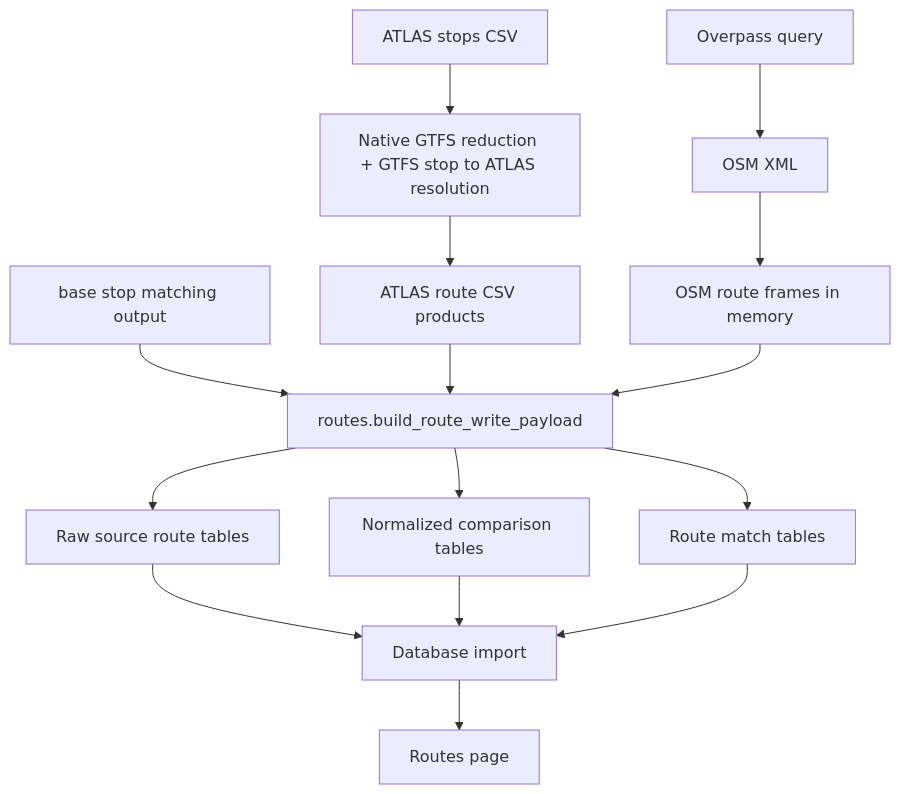
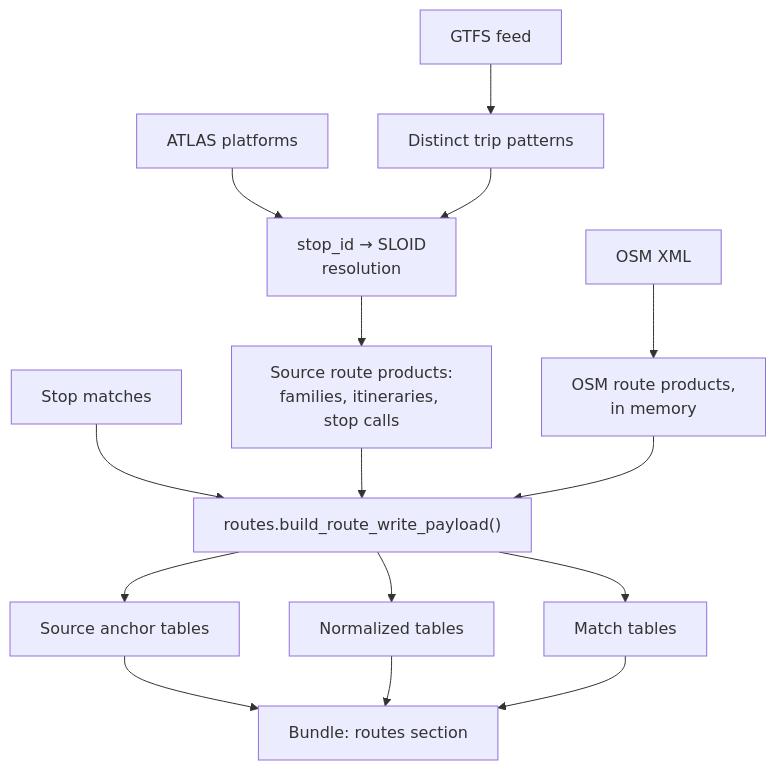
Before and after one commit to openTdataCH/osm-public-transport-matcher: the diagram in documentation/3.1 Route Pipeline Data Flow.md, drawn with Mermaid. The commit also changed other lines of this file and 31 other files, not shown here.

````diff
--- a/documentation/3.1 Route Pipeline Data Flow.md
+++ b/documentation/3.1 Route Pipeline Data Flow.md
@@ -11,22 +5,17 @@
 ```mermaid
 flowchart TD
-    A[ATLAS stops CSV] --> B[Native GTFS reduction + GTFS stop to ATLAS resolution]
-    B --> C[ATLAS route CSV products]
-
-    D[Overpass query] --> E[OSM XML]
-    E --> F[OSM route frames in memory]
-
-    H[base stop matching output] --> G[routes.build_route_write_payload]
-    C --> G
-    F --> G
-
-    G --> I[Raw source route tables]
-    G --> J[Normalized comparison tables]
-    G --> K[Route match tables]
-
-    I --> L[Database import]
-    J --> L
-    K --> L
-
-    L --> M[Routes page]
+    G["GTFS feed"] --> P["Distinct trip patterns"]
+    A["ATLAS platforms"] --> I["stop_id → SLOID<br/>resolution"]
+    P --> I
+    I --> S["Source route products:<br/>families, itineraries, stop calls"]
+    X["OSM XML"] --> O["OSM route products,<br/>in memory"]
+    M["Stop matches"] --> N["routes.build_route_write_payload()"]
+    S --> N
+    O --> N
+    N --> T1["Source anchor tables"]
+    N --> T2["Normalized tables"]
+    N --> T3["Match tables"]
+    T1 --> B["Bundle: routes section"]
+    T2 --> B
+    T3 --> B
 ```
````
